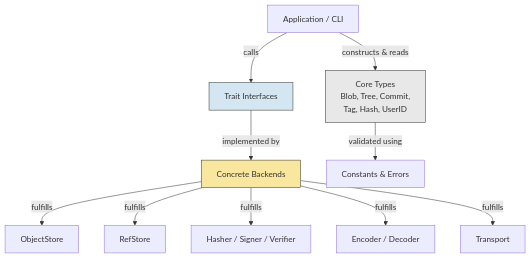
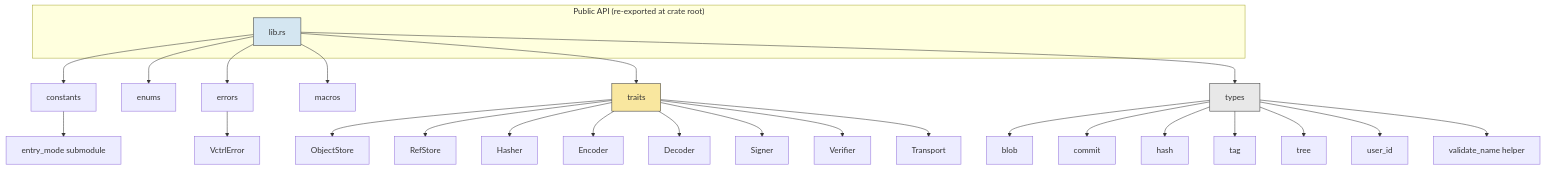
One commit to mroczect/libvctrl changed the first of 2 diagrams in libvctrl_handler/README.md. Above: the diagram before and after it, drawn with Mermaid. The commit also changed other lines of this file, not shown here.

Commit message:
docs(handler): rewrite README with architecture, examples, and API reference

````diff
--- a/libvctrl_handler/README.md
+++ b/libvctrl_handler/README.md
@@ -21,15 +22,37 @@
 ```mermaid
 graph TD
-    A[Application / CLI] -->|constructs & reads| B[Core Types<br/>Blob, Tree, Commit,<br/>Tag, Hash, UserID]
-    A -->|calls| C[Trait Interfaces]
-    C -->|implemented by| D[Concrete Backends]
-    D -->|fulfills| E[ObjectStore]
-    D -->|fulfills| F[RefStore]
-    D -->|fulfills| G[Hasher / Signer / Verifier]
-    D -->|fulfills| H[Encoder / Decoder]
-    D -->|fulfills| I[Transport]
-    B -->|validated using| J[Constants & Errors]
-    style B fill:#e8e8e8,stroke:#333
-    style C fill:#d4e6f1,stroke:#333
-    style D fill:#f9e79f,stroke:#333
+    subgraph "Public API (re‑exported at crate root)"
+        ROOT[lib.rs]
+    end
+
+    ROOT --> CONST[constants]
+    ROOT --> ENUM[enums]
+    ROOT --> ERR[errors]
+    ROOT --> MACRO[macros]
+    ROOT --> TRAITS[traits]
+    ROOT --> TYPES[types]
+
+    TYPES --> BLOB[blob]
+    TYPES --> COMMIT[commit]
+    TYPES --> HASH[hash]
+    TYPES --> TAG[tag]
+    TYPES --> TREE[tree]
+    TYPES --> USERID[user_id]
+    TYPES --> VALIDATE[validate_name helper]
+
+    TRAITS --> OBJSTORE[ObjectStore]
+    TRAITS --> REFSTORE[RefStore]
+    TRAITS --> HASHER[Hasher]
+    TRAITS --> ENCODER[Encoder]
+    TRAITS --> DECODER[Decoder]
+    TRAITS --> SIGNER[Signer]
+    TRAITS --> VERIFIER[Verifier]
+    TRAITS --> TRANSPORT[Transport]
+
+    ERR --> ERR_TYPE[VctrlError]
+    CONST --> ENTRY_MODE[entry_mode submodule]
+
+    style ROOT fill:#d4e6f1,stroke:#333
+    style TYPES fill:#e8e8e8,stroke:#333
+    style TRAITS fill:#f9e79f,stroke:#333
 ```
````
